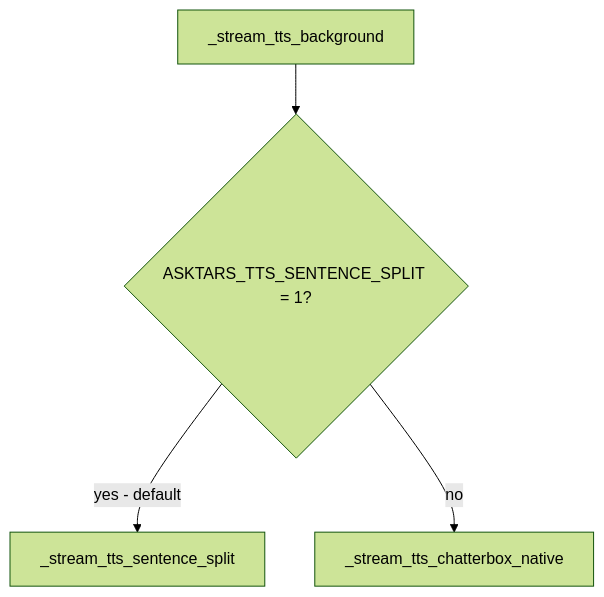
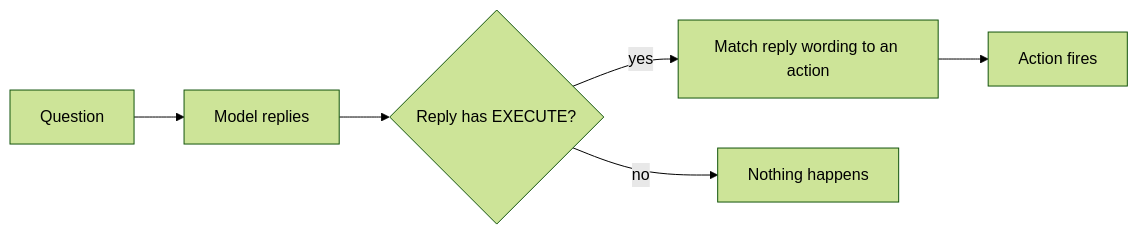
One commit to davidalex89/OpenTARS changed the fifth of 7 diagrams in README.md. Above: the diagram before and after it, drawn with Mermaid (forest theme). The commit also changed other lines of this file, not shown here.

First line of the commit message:
Rewrite README as a design and architecture history

````diff
--- a/README.md
+++ b/README.md
@@ -276,10 +360,6 @@
 ```mermaid
-flowchart TD
-  BG["_stream_tts_background"]
-  Q{"ASKTARS_TTS_SENTENCE_SPLIT = 1?"}
-  SS["_stream_tts_sentence_split"]
-  NV["_stream_tts_chatterbox_native"]
-  BG --> Q
-  Q -->|yes - default| SS
-  Q -->|no| NV
+flowchart LR
+  A["Question"] --> B["Model replies"] --> C{"Reply has EXECUTE?"}
+  C -->|yes| D["Match reply wording to an action"] --> E["Action fires"]
+  C -->|no| F["Nothing happens"]
 ```
````
